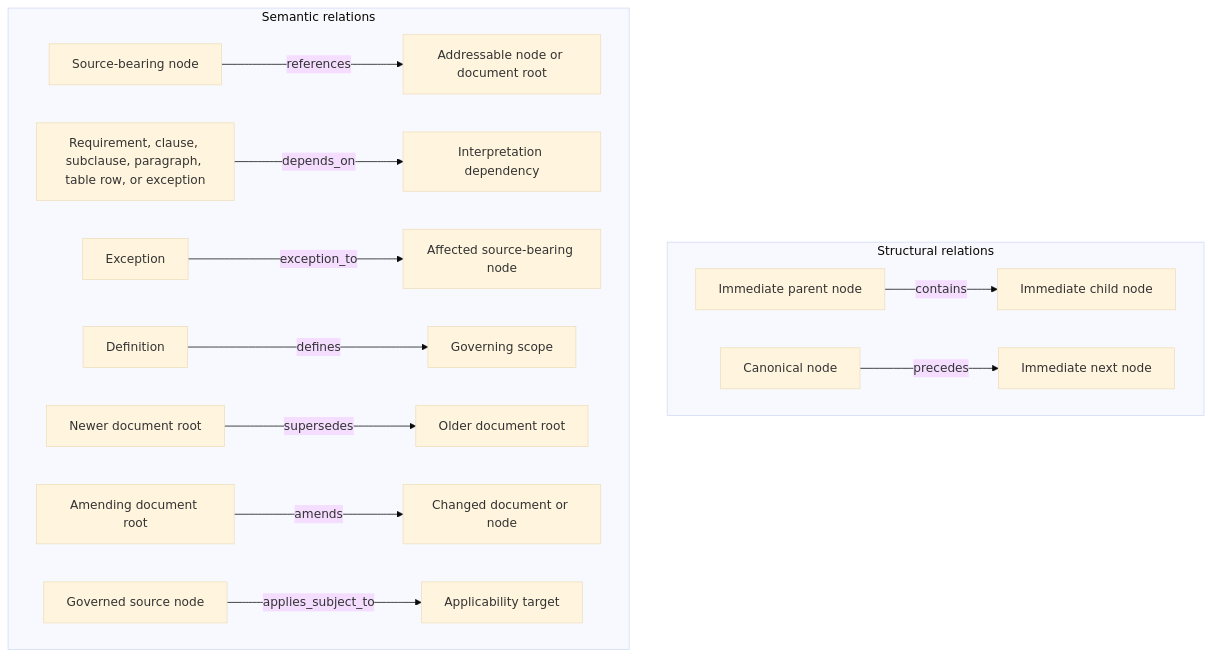
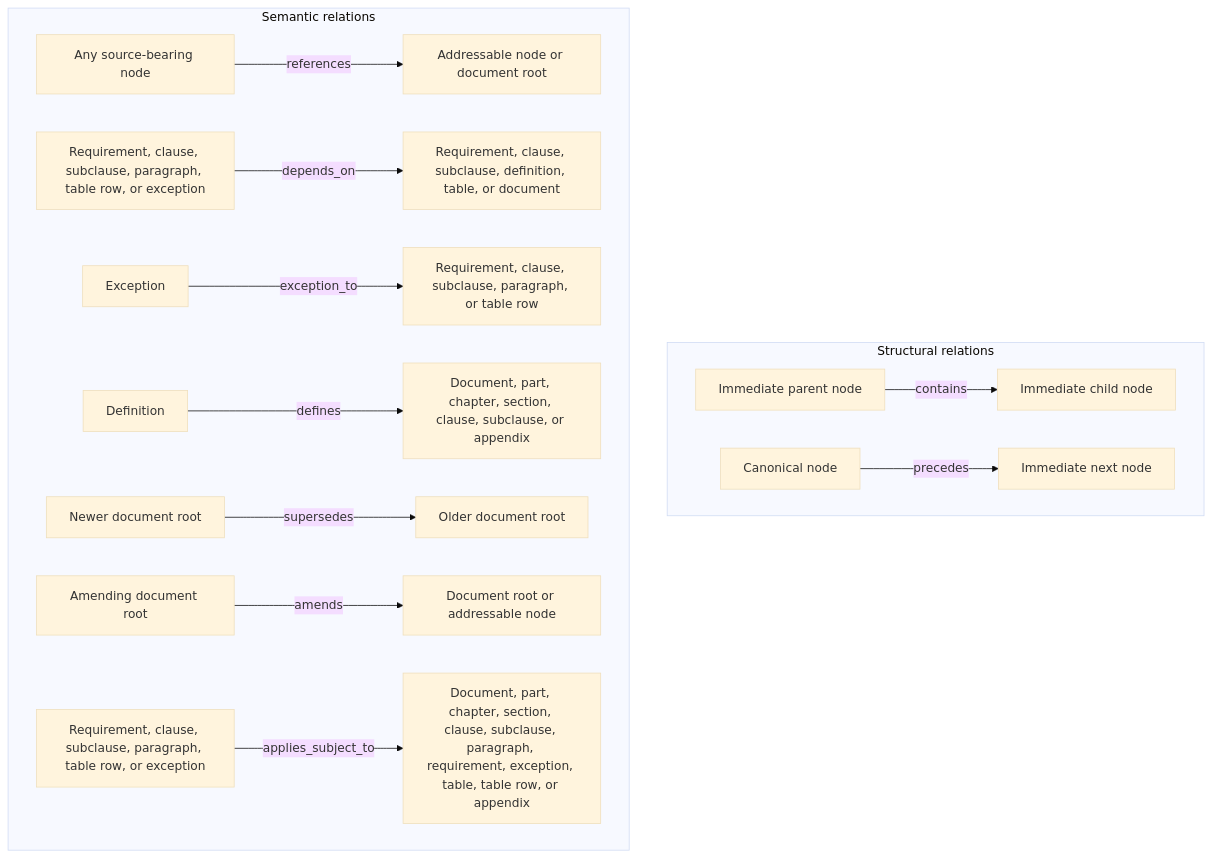
The sixth of 11 diagrams in docs/design.md (grammy-jiang/clause-sift), drawn with Mermaid (base theme) before and after one commit.

Commit message:
docs(design): align relation endpoints

````diff
--- a/docs/design.md
+++ b/docs/design.md
@@ -1167,19 +1167,19 @@
 ```mermaid
 flowchart TB
     subgraph STRUCTURAL[Structural relations]
         direction LR
         PARENT[Immediate parent node] -->|contains| CHILD[Immediate child node]
         NODE[Canonical node] -->|precedes| NEXT[Immediate next node]
     end
 
     subgraph SEMANTIC[Semantic relations]
         direction LR
-        CITER[Source-bearing node] -->|references| CITED[Addressable node or document root]
-        DEPENDENT[Requirement, clause, subclause, paragraph, table row, or exception] -->|depends_on| DEPENDENCY[Interpretation dependency]
-        EXCEPTION[Exception] -->|exception_to| AFFECTED[Affected source-bearing node]
-        DEFINITION[Definition] -->|defines| SCOPE[Governing scope]
+        CITER[Any source-bearing node] -->|references| CITED[Addressable node or document root]
+        DEPENDENT[Requirement, clause, subclause, paragraph, table row, or exception] -->|depends_on| DEPENDENCY[Requirement, clause, subclause, definition, table, or document]
+        EXCEPTION[Exception] -->|exception_to| AFFECTED[Requirement, clause, subclause, paragraph, or table row]
+        DEFINITION[Definition] -->|defines| SCOPE[Document, part, chapter, section, clause, subclause, or appendix]
         NEWER[Newer document root] -->|supersedes| OLDER[Older document root]
-        AMENDING[Amending document root] -->|amends| TARGET[Changed document or node]
-        GOVERNED[Governed source node] -->|applies_subject_to| APPLICABILITY[Applicability target]
+        AMENDING[Amending document root] -->|amends| TARGET[Document root or addressable node]
+        GOVERNED[Requirement, clause, subclause, paragraph, table row, or exception] -->|applies_subject_to| APPLICABILITY[Document, part, chapter, section, clause, subclause, paragraph, requirement, exception, table, table row, or appendix]
     end
 ```
````
